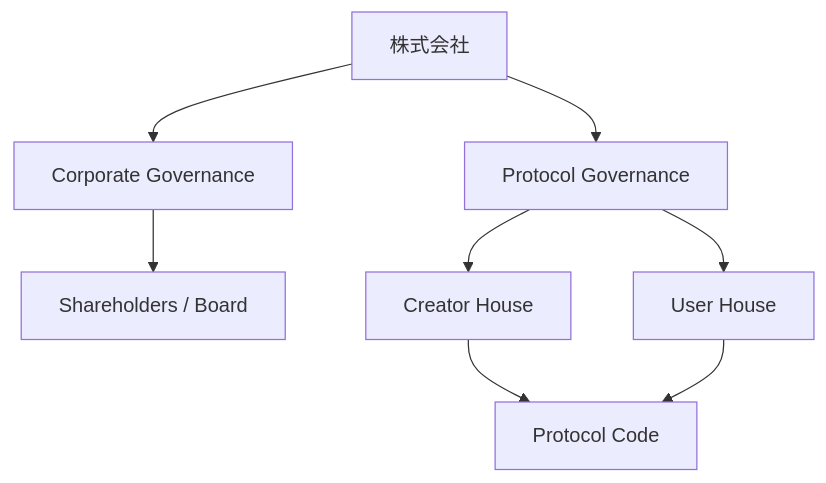
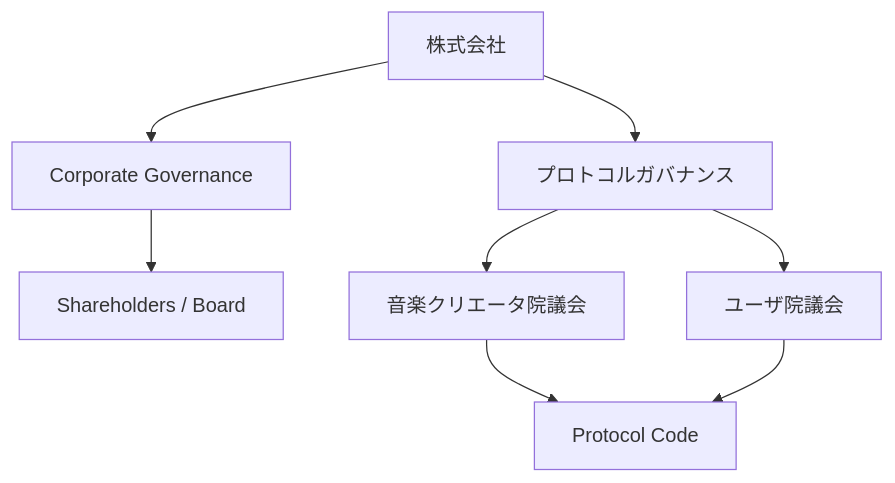
Diagram 18 of 45 in docs/whitepaper/11-legal-sto-tax.md (ShigeichiroYamasaki/creator-first-platform), drawn with Mermaid before and after one commit. The commit also changed other lines of this file and 67 other files, not shown here.

````diff
--- a/docs/whitepaper/11-legal-sto-tax.md
+++ b/docs/whitepaper/11-legal-sto-tax.md
@@ -538,14 +538,14 @@
 ```mermaid
 flowchart TD
     CORP[株式会社]
 
     CORP --> CG[Corporate Governance]
-    CORP --> PG[Protocol Governance]
+    CORP --> PG[プロトコルガバナンス]
 
     CG --> SHARE[Shareholders / Board]
-    PG --> CH[Creator House]
-    PG --> UH[User House]
+    PG --> CH[音楽クリエータ院議会]
+    PG --> UH[ユーザ院議会]
 
     CH --> CODE[Protocol Code]
     UH --> CODE
 ```
````
